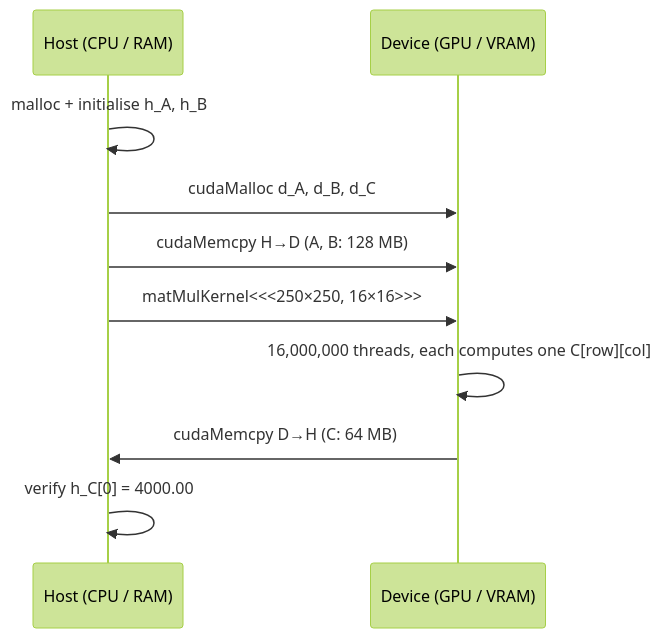
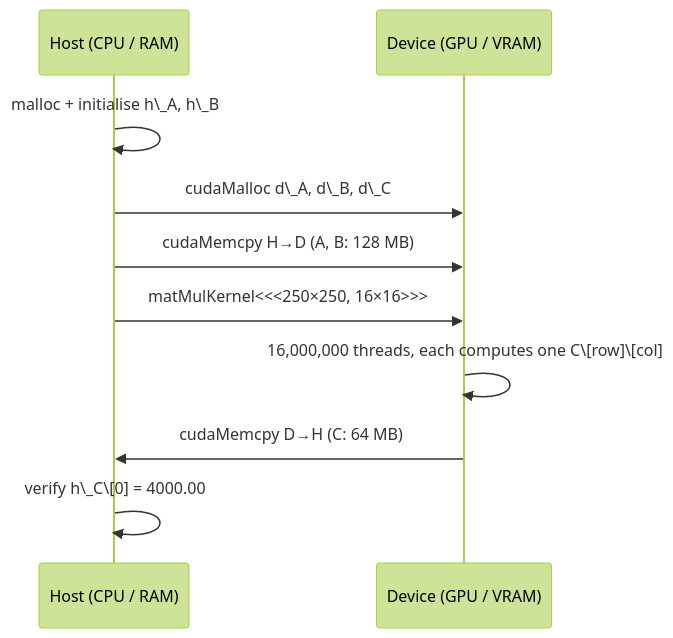
One commit to vaibhavbutul-work/parallel-gpu-and-computing changed the fourth of 4 diagrams in Experiment_1/README.md. Above: the diagram before and after it, drawn with Mermaid (forest theme). The commit also changed other lines of this file, not shown here.

Commit message:
Fix Experiment 1 README graph paths

````diff
--- a/Experiment_1/README.md
+++ b/Experiment_1/README.md
@@ -529,12 +530,12 @@
 ```mermaid
 sequenceDiagram
     participant H as Host (CPU / RAM)
     participant D as Device (GPU / VRAM)
-    H->>H: malloc + initialise h_A, h_B
-    H->>D: cudaMalloc d_A, d_B, d_C
+    H->>H: malloc + initialise h\_A, h\_B
+    H->>D: cudaMalloc d\_A, d\_B, d\_C
     H->>D: cudaMemcpy H→D (A, B: 128 MB)
     H->>D: matMulKernel<<<250×250, 16×16>>>
-    D->>D: 16,000,000 threads, each computes one C[row][col]
+    D->>D: 16,000,000 threads, each computes one C\[row]\[col]
     D->>H: cudaMemcpy D→H (C: 64 MB)
-    H->>H: verify h_C[0] = 4000.00
+    H->>H: verify h\_C\[0] = 4000.00
 ```
````
